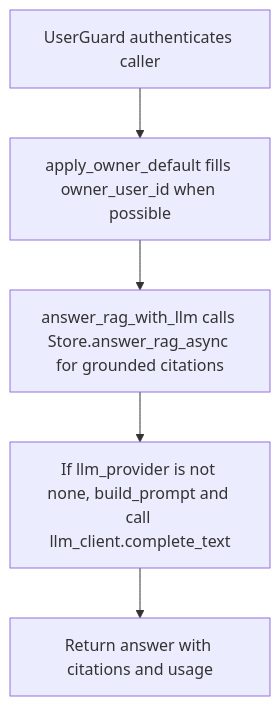
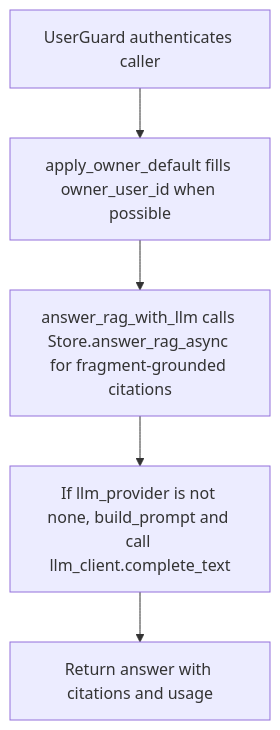
The diagram in doc/api/post_v1_rag_answer.md (dickwu/nowledge), drawn with Mermaid before and after one commit. The commit also changed other lines of this file and 31 other files, not shown here.

````diff
--- a/doc/api/post_v1_rag_answer.md
+++ b/doc/api/post_v1_rag_answer.md
@@ -45,12 +56,12 @@
 ```mermaid
 flowchart TD
   n0["UserGuard authenticates caller"]
   n1["apply_owner_default fills owner_user_id when possible"]
-  n2["answer_rag_with_llm calls Store.answer_rag_async for grounded citations"]
+  n2["answer_rag_with_llm calls Store.answer_rag_async for fragment-grounded citations"]
   n3["If llm_provider is not none, build_prompt and call llm_client.complete_text"]
   n4["Return answer with citations and usage"]
   n0 --> n1
   n1 --> n2
   n2 --> n3
   n3 --> n4
 ```
````
